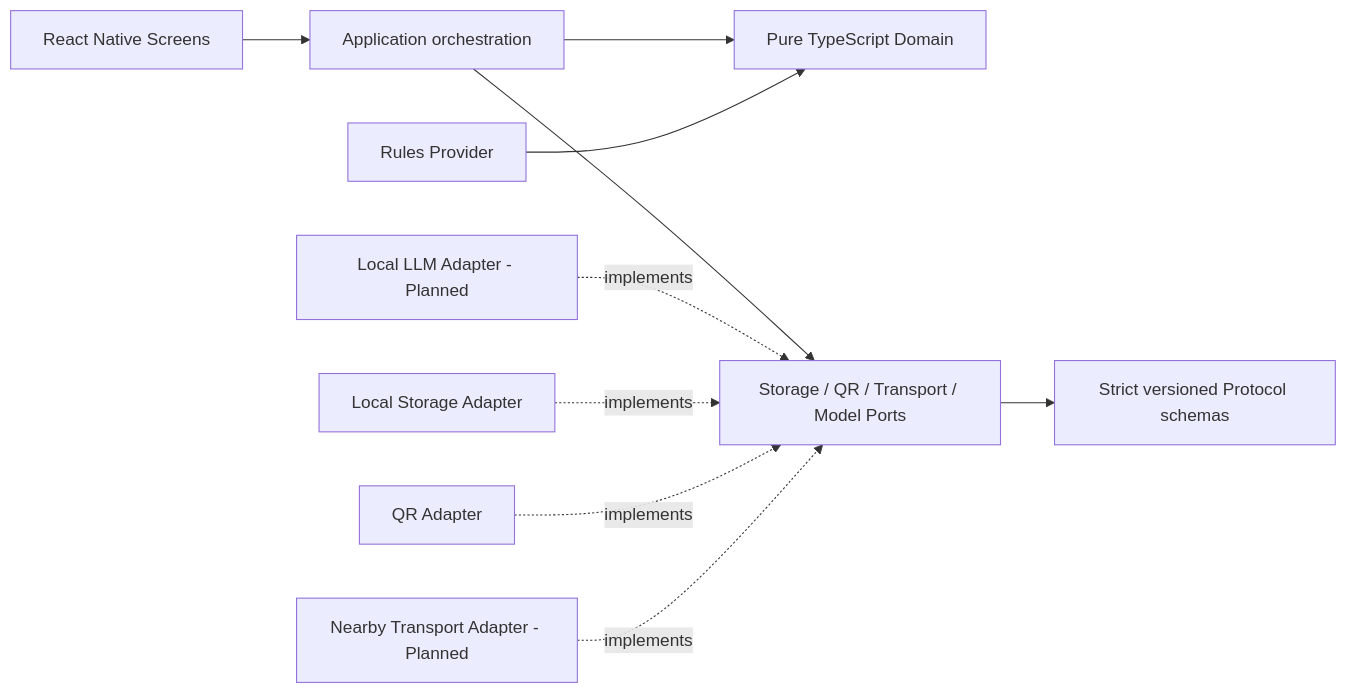
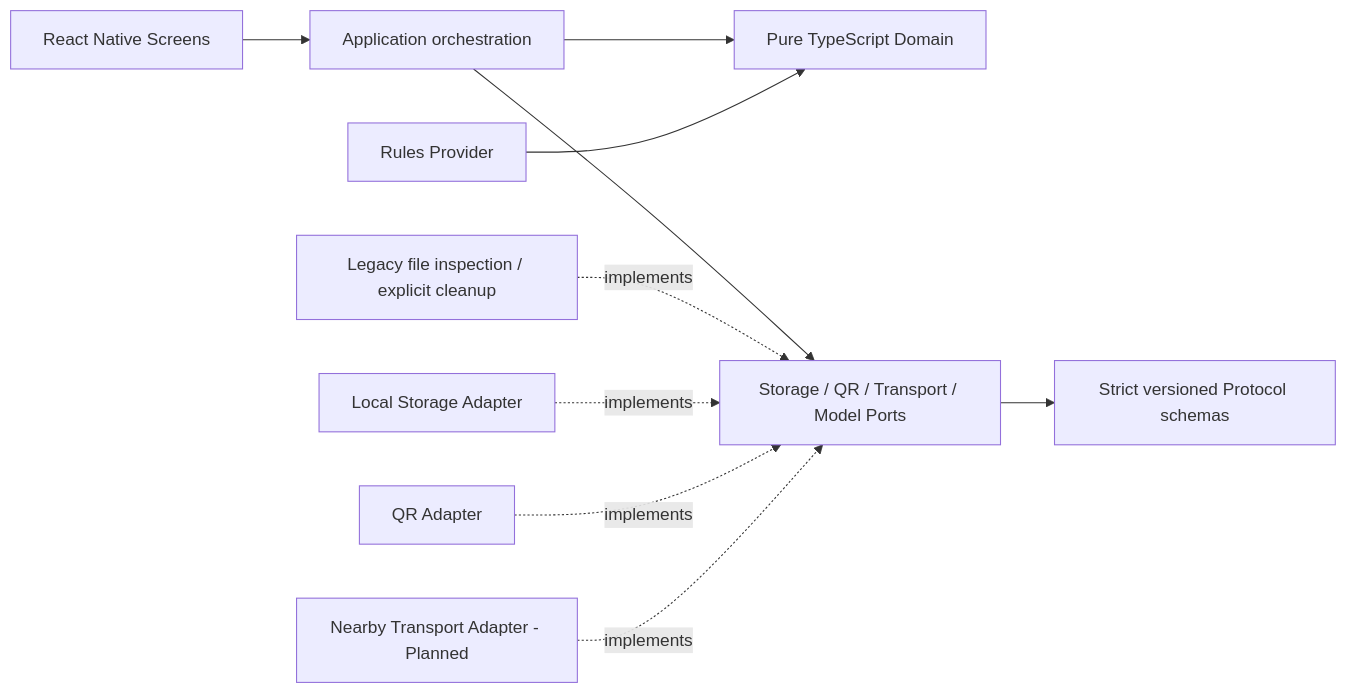
One commit to susumutomita/TenkaCloudPassport changed the diagram in docs/architecture/overview.md. Above: the diagram before and after it, drawn with Mermaid. The commit also changed other lines of this file and 159 other files, not shown here.

First line of the commit message:
Remove retired inference dependencies and preserve explicit legacy cleanup (#201)

````diff
--- a/docs/architecture/overview.md
+++ b/docs/architecture/overview.md
@@ -5,12 +5,12 @@
 ```mermaid
 flowchart LR
     Screens[React Native Screens] --> App[Application orchestration]
     App --> Domain[Pure TypeScript Domain]
     App --> Ports[Storage / QR / Transport / Model Ports]
     Rules[Rules Provider] --> Domain
-    Local[Local LLM Adapter - Planned] -. implements .-> Ports
+    Legacy[Legacy file inspection / explicit cleanup] -. implements .-> Ports
     Storage[Local Storage Adapter] -. implements .-> Ports
     QR[QR Adapter] -. implements .-> Ports
     Nearby[Nearby Transport Adapter - Planned] -. implements .-> Ports
     Ports --> Protocol[Strict versioned Protocol schemas]
 ```
````
